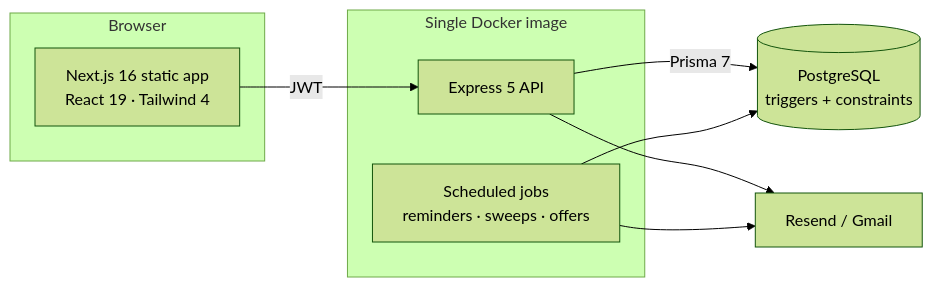
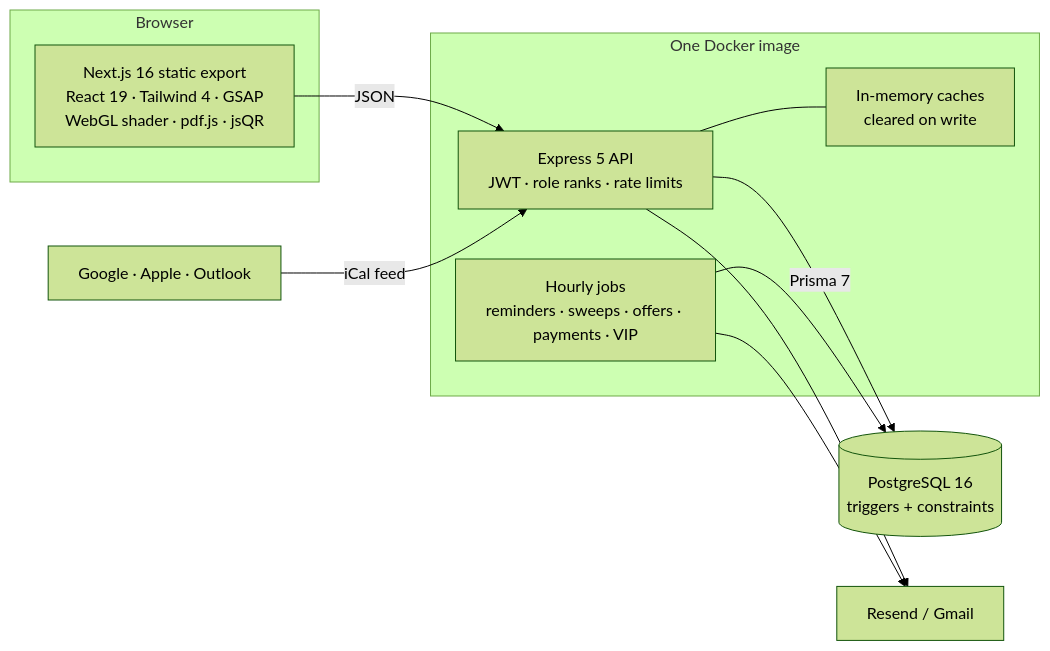
Before and after one commit to rsrafik/elemental-beauty: the diagram in README.md, drawn with Mermaid (forest theme). The commit also changed other lines of this file, not shown here.

Commit message:
Rewrite the README as a formula sheet, covering the landing page, payments, roles and how the site is built

````diff
--- a/README.md
+++ b/README.md
@@ -141,18 +181,22 @@
 ```mermaid
 flowchart LR
     subgraph Browser
-        A[Next.js 16 static app<br/>React 19 · Tailwind 4]
+        A["Next.js 16 static export<br/>React 19 · Tailwind 4 · GSAP<br/>WebGL shader · pdf.js · jsQR"]
     end
-    subgraph Server["Single Docker image"]
-        B[Express 5 API]
-        C[Scheduled jobs<br/>reminders · sweeps · offers]
+    subgraph Server["One Docker image"]
+        B["Express 5 API<br/>JWT · role ranks · rate limits"]
+        C["Hourly jobs<br/>reminders · sweeps · offers · payments · VIP"]
+        M["In-memory caches<br/>cleared on write"]
     end
-    D[(PostgreSQL<br/>triggers + constraints)]
-    E[Resend / Gmail]
+    D[("PostgreSQL 16<br/>triggers + constraints")]
+    E["Resend / Gmail"]
+    G["Google · Apple · Outlook"]
 
-    A -- JWT --> B
+    A -- JSON --> B
+    B --- M
     B -- Prisma 7 --> D
     C --> D
     B --> E
     C --> E
+    G -- iCal feed --> B
 ```
````
